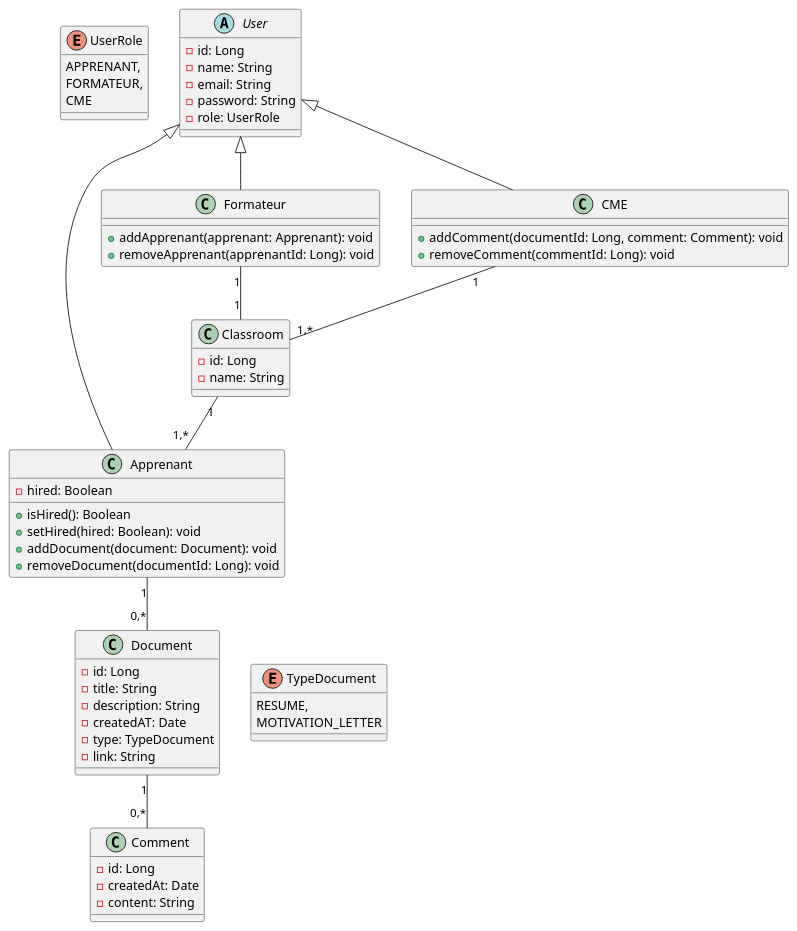
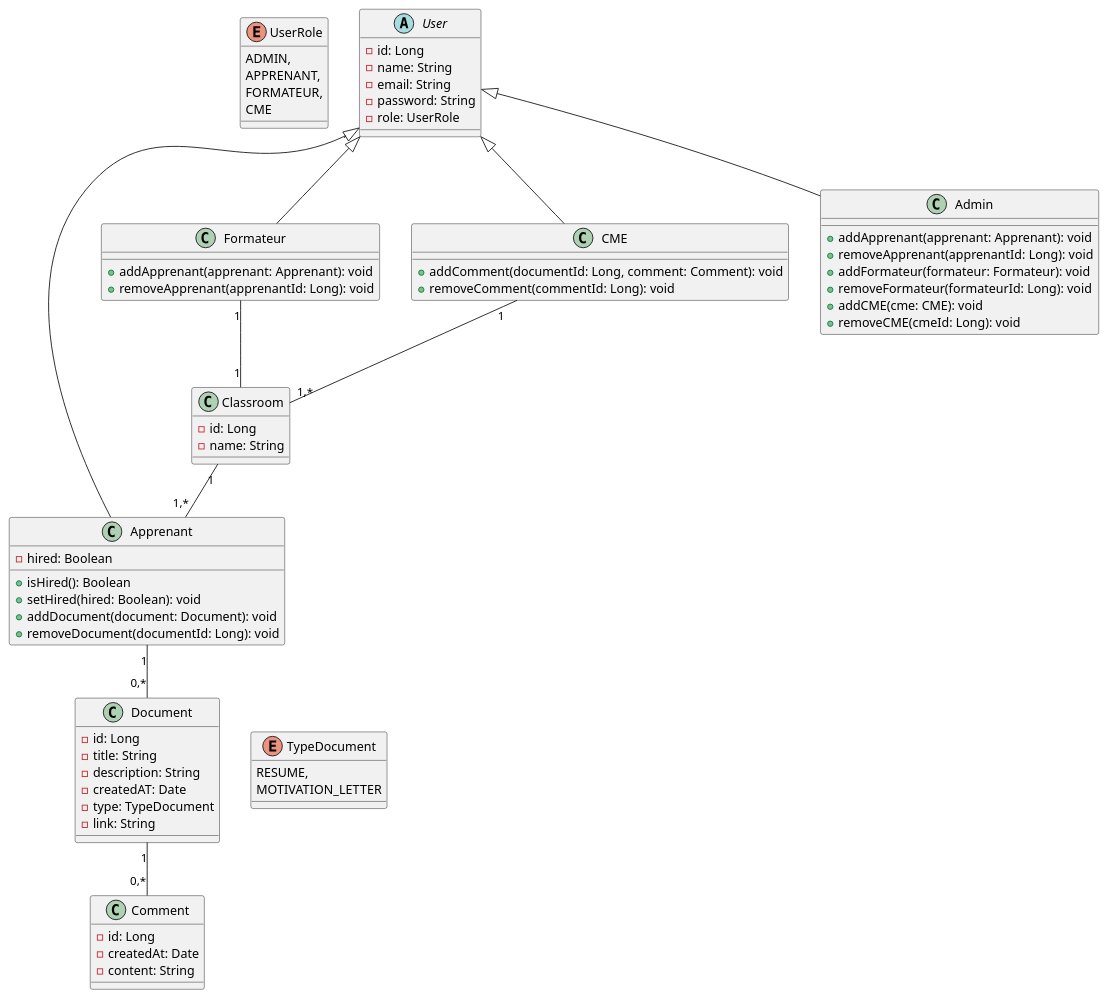
One commit to aymenBenadra/CVLibrary changed the diagram in UML Diagrams/class diagram.puml. Above: the diagram before and after it, drawn with PlantUML. The commit also changed 1 other file, not shown here.

Commit message:
Fixed api base url in application properties and added Admin in class diagram.

```diff
--- a/UML Diagrams/class diagram.puml
+++ b/UML Diagrams/class diagram.puml
@@ -1,74 +1,84 @@
 @startuml
 
 abstract class User {
     - id: Long
     - name: String
     - email: String
     - password: String
     - role: UserRole
 }
 
 enum UserRole {
+    ADMIN,
     APPRENANT,
     FORMATEUR,
     CME
 }
 
 class Apprenant extends User {
     - hired: Boolean
     + isHired(): Boolean
     + setHired(hired: Boolean): void
     + addDocument(document: Document): void
     + removeDocument(documentId: Long): void
 }
 
 class Formateur extends User {
     + addApprenant(apprenant: Apprenant): void
     + removeApprenant(apprenantId: Long): void
 }
 
 class CME extends User {
     + addComment(documentId: Long, comment: Comment): void
     + removeComment(commentId: Long): void
+}
+
+class Admin extends User {
+    + addApprenant(apprenant: Apprenant): void
+    + removeApprenant(apprenantId: Long): void
+    + addFormateur(formateur: Formateur): void
+    + removeFormateur(formateurId: Long): void
+    + addCME(cme: CME): void
+    + removeCME(cmeId: Long): void
 }
 
 class Classroom {
     - id: Long
     - name: String
 }
 
 class Document {
     - id: Long
     - title: String
     - description: String
     - createdAT: Date
     - type: TypeDocument
     - link: String
 }
 
 enum TypeDocument {
     RESUME,
     MOTIVATION_LETTER
 }
 
 class Comment {
     - id: Long
     - createdAt: Date
     - content: String
 }
 
 User -[hidden]left- UserRole
 
 Document -[hidden]right- TypeDocument
 
 Apprenant "1" -- "0,*" Document
 
 Classroom "1" -- "1,*" Apprenant
 
 Formateur "1" -- "1" Classroom
 
 CME "1" -- "1,*" Classroom
 
 Document "1" -- "0,*" Comment
 
 @enduml
```
